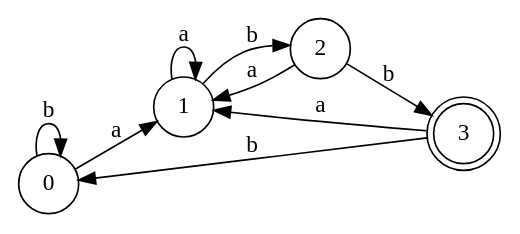
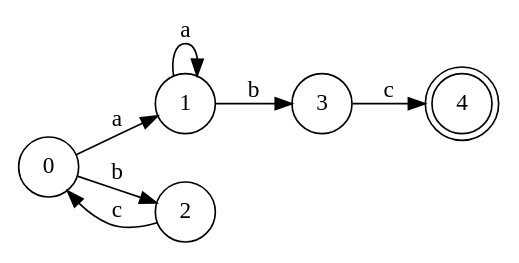
Before and after one commit to x6x4/LAB2_URGENCY: the diagram in dfa_output.dot, drawn with Graphviz. The commit also changed 6 other files, not shown here.

```diff
--- a/dfa_output.dot
+++ b/dfa_output.dot
@@ -1,13 +1,11 @@
 digraph DFA {
 rankdir="LR"
 node [shape=circle];
 0 -> 1 [label="a"];
-0 -> 0 [label="b"];
+0 -> 2 [label="b"];
 1 -> 1 [label="a"];
-1 -> 2 [label="b"];
-2 -> 1 [label="a"];
-2 -> 3 [label="b"];
-3 -> 1 [label="a"];
-3 -> 0 [label="b"];
-3[label="3"shape=doublecircle];
+1 -> 3 [label="b"];
+2 -> 0 [label="c"];
+3 -> 4 [label="c"];
+4[label="4"shape=doublecircle];
 }
```
